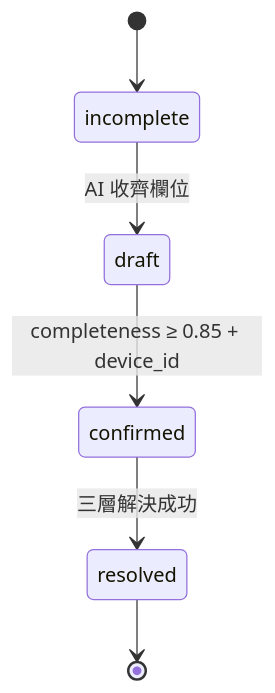
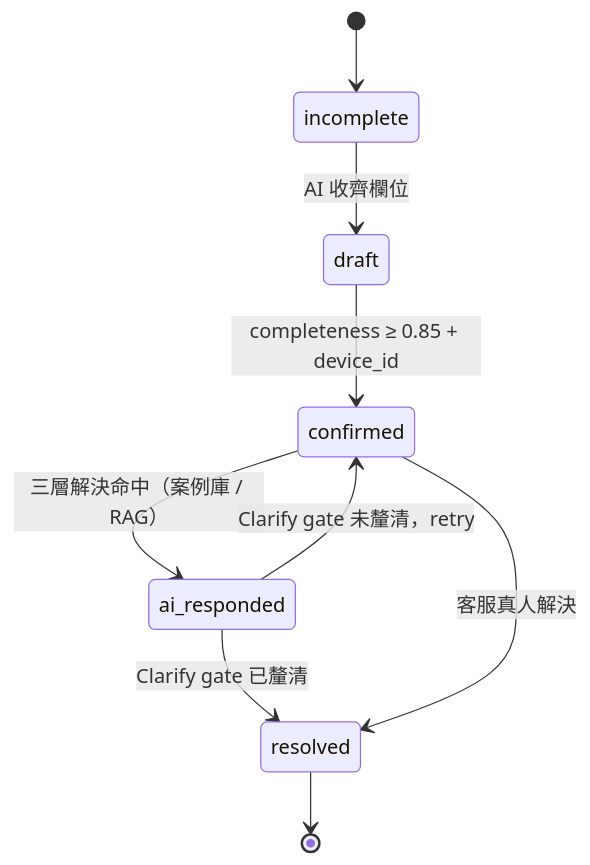
One commit to Zenobia000/chatlock_dev_docs changed the second of 7 diagrams in docs/analysis/system-spec-smart-lock-saas.md. Above: the diagram before and after it, drawn with Mermaid. The commit also changed other lines of this file and 4 other files, not shown here.

First line of the commit message:
fix(s1-flow): bypass triage for emergencies, decouple feedback from closure, treat WO as shared tool

````diff
--- a/docs/analysis/system-spec-smart-lock-saas.md
+++ b/docs/analysis/system-spec-smart-lock-saas.md
@@ -68,8 +68,11 @@
 ```mermaid
 stateDiagram-v2
     [*] --> incomplete
     incomplete --> draft : AI 收齊欄位
     draft --> confirmed : completeness ≥ 0.85 + device_id
-    confirmed --> resolved : 三層解決成功
+    confirmed --> ai_responded : 三層解決命中（案例庫 / RAG）
+    ai_responded --> confirmed : Clarify gate 未釐清，retry
+    ai_responded --> resolved : Clarify gate 已釐清
+    confirmed --> resolved : 客服真人解決
     resolved --> [*]
 ```
````
